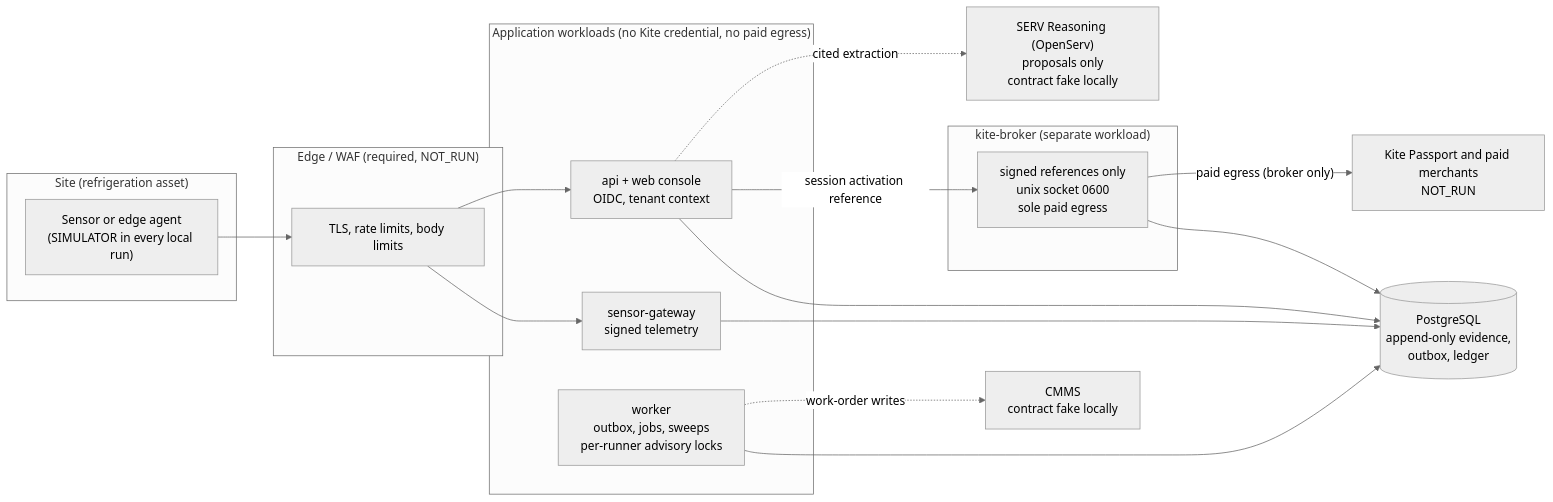
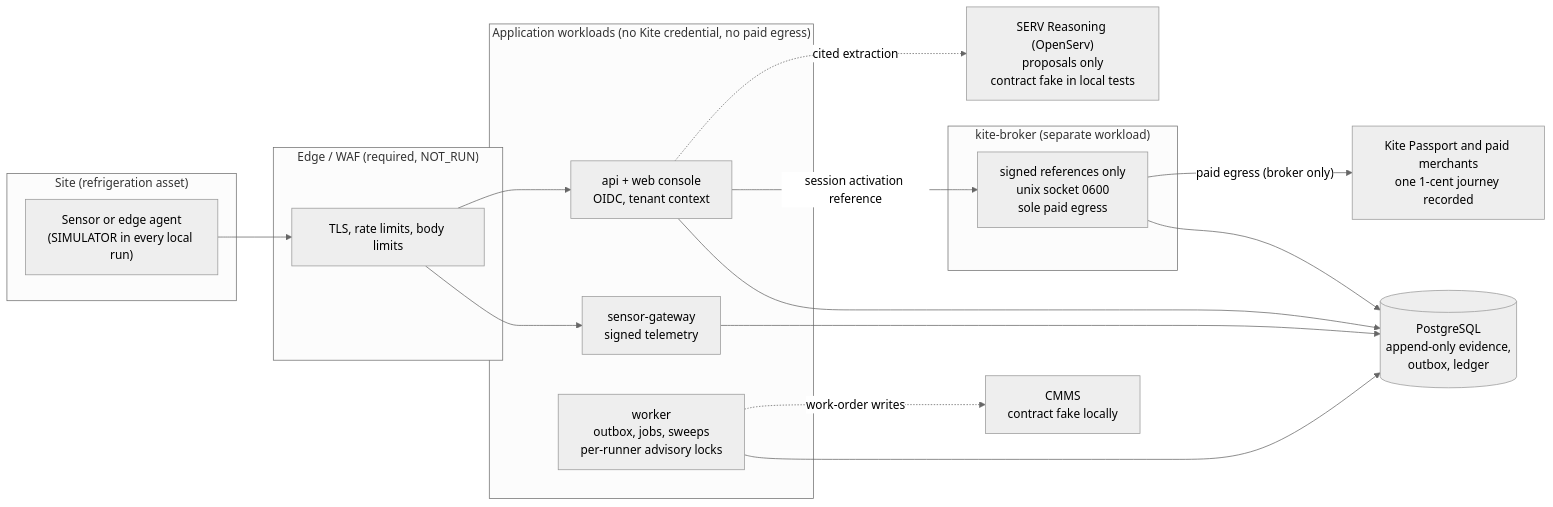
The first of 3 diagrams in docs/release/ARCHITECTURE.md (gnanam1990/uptimebuyer), drawn with Mermaid (neutral theme) before and after one commit. The commit also changed other lines of this file and 14 other files, not shown here.

````diff
--- a/docs/release/ARCHITECTURE.md
+++ b/docs/release/ARCHITECTURE.md
@@ -8,29 +8,29 @@
 ```mermaid
 flowchart LR
   subgraph Site["Site (refrigeration asset)"]
     S["Sensor or edge agent<br/>(SIMULATOR in every local run)"]
   end
   subgraph Edge["Edge / WAF (required, NOT_RUN)"]
     E["TLS, rate limits, body limits"]
   end
   subgraph App["Application workloads (no Kite credential, no paid egress)"]
     G["sensor-gateway<br/>signed telemetry"]
     A["api + web console<br/>OIDC, tenant context"]
     W["worker<br/>outbox, jobs, sweeps<br/>per-runner advisory locks"]
   end
   subgraph Broker["kite-broker (separate workload)"]
     B["signed references only<br/>unix socket 0600<br/>sole paid egress"]
   end
   DB[("PostgreSQL<br/>append-only evidence,<br/>outbox, ledger")]
-  SERV["SERV Reasoning (OpenServ)<br/>proposals only<br/>contract fake locally"]
-  KITE["Kite Passport and paid merchants<br/>NOT_RUN"]
+  SERV["SERV Reasoning (OpenServ)<br/>proposals only<br/>contract fake in local tests"]
+  KITE["Kite Passport and paid merchants<br/>one 1-cent journey recorded"]
   CMMS["CMMS<br/>contract fake locally"]
   S --> E --> G --> DB
   E --> A --> DB
   W --> DB
   A -- "session activation reference" --> B
   B --> DB
   B -- "paid egress (broker only)" --> KITE
   A -. "cited extraction" .-> SERV
   W -. "work-order writes" .-> CMMS
 ```
````
